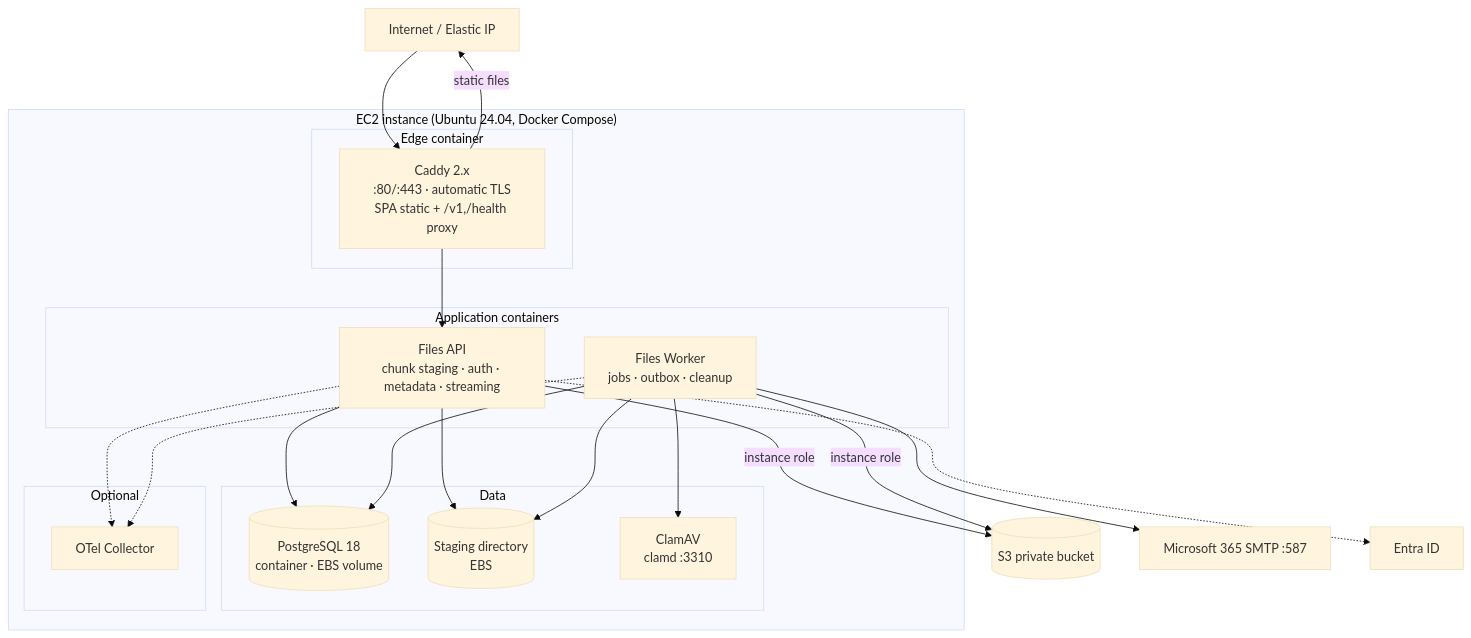
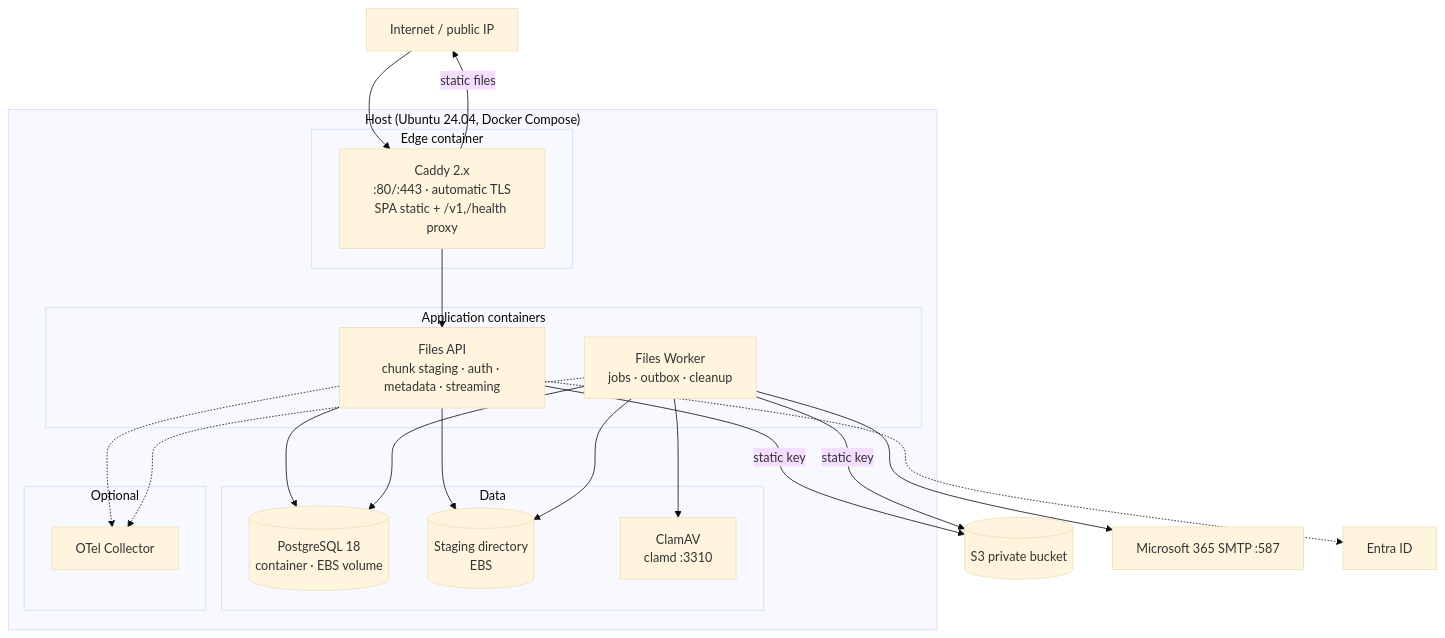
The second of 6 diagrams in docs/02-architecture/architecture.md (solucionesjj/files), drawn with Mermaid (base theme) before and after one commit. The commit also changed other lines of this file and 29 other files, not shown here.

Commit message:
docs: align architecture and ops docs with pre-existing host

````diff
--- a/docs/02-architecture/architecture.md
+++ b/docs/02-architecture/architecture.md
@@ -68,39 +68,39 @@
 ```mermaid
 flowchart TB
-  internet["Internet / Elastic IP"]
-  subgraph host["EC2 instance (Ubuntu 24.04, Docker Compose)"]
+  internet["Internet / public IP"]
+  subgraph host["Host (Ubuntu 24.04, Docker Compose)"]
     subgraph edge["Edge container"]
       caddy["Caddy 2.x<br/>:80/:443 · automatic TLS<br/>SPA static + /v1,/health proxy"]
     end
     subgraph app["Application containers"]
       api["Files API<br/>chunk staging · auth · metadata · streaming"]
       worker["Files Worker<br/>jobs · outbox · cleanup"]
     end
     subgraph data["Data"]
       pg[("PostgreSQL 18<br/>container · EBS volume")]
       staging[("Staging directory<br/>EBS")]
       clam["ClamAV<br/>clamd :3310"]
     end
     subgraph obs["Optional"]
       otel["OTel Collector"]
     end
   end
   s3[("S3 private bucket")]
   smtp["Microsoft 365 SMTP :587"]
   entra["Entra ID"]
 
   internet --> caddy
   caddy --> api
   caddy -->|static files| internet
   api --> pg
   worker --> pg
   api --> staging
   worker --> staging
   worker --> clam
-  api -->|instance role| s3
-  worker -->|instance role| s3
+  api -->|static key| s3
+  worker -->|static key| s3
   worker --> smtp
   api -.-> entra
   api -.-> otel
   worker -.-> otel
 ```
````
